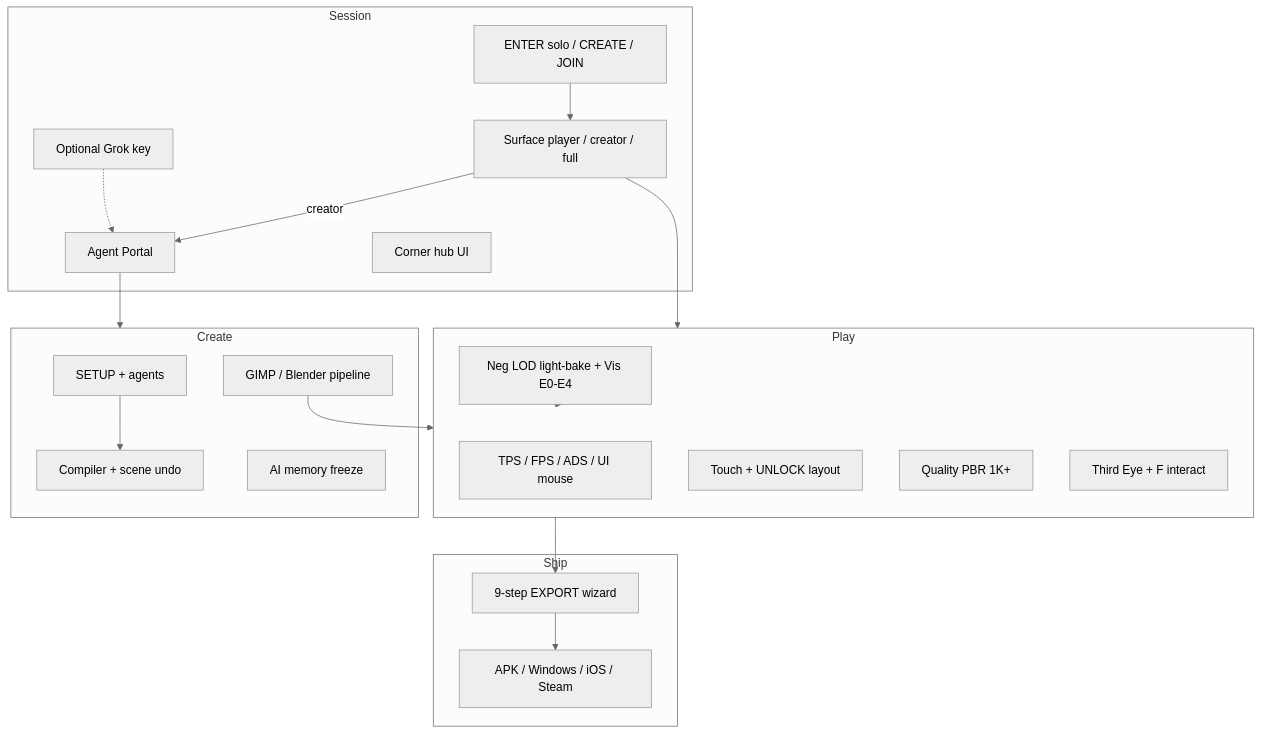
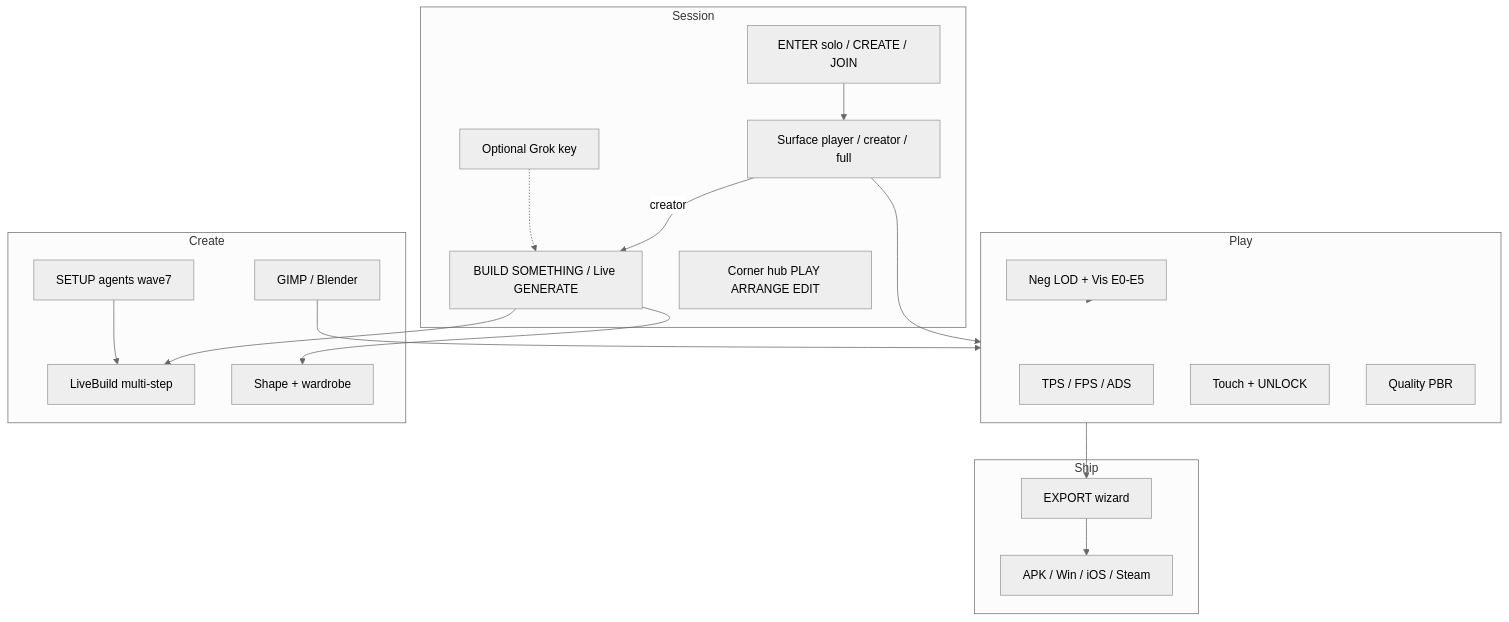
One commit to medicinalsheep/threshold changed the diagram in docs/README.md. Above: the diagram before and after it, drawn with Mermaid (neutral theme). The commit also changed other lines of this file and 75 other files, not shown here.

First line of the commit message:
v10.20.1: live build, entry path, shape/wardrobe, wave7 train, no TC DEMO

````diff
--- a/docs/README.md
+++ b/docs/README.md
@@ -25,35 +25,35 @@
 ```mermaid
 flowchart TB
     subgraph session [Session]
         LOBBY[ENTER solo / CREATE / JOIN]
         SURF[Surface player / creator / full]
-        PORTAL[Agent Portal]
-        HUBS[Corner hub UI]
+        BUILD[BUILD SOMETHING / Live GENERATE]
+        HUBS[Corner hub PLAY ARRANGE EDIT]
         AUTH[Optional Grok key]
     end
     subgraph play [Play]
-        TPS[TPS / FPS / ADS / UI mouse]
-        TOUCH[Touch + UNLOCK layout]
-        PBR[Quality PBR 1K+]
-        TE[Third Eye + F interact]
-        PERF[Neg LOD light-bake + Vis E0-E4]
+        TPS[TPS / FPS / ADS]
+        TOUCH[Touch + UNLOCK]
+        PBR[Quality PBR]
+        PERF[Neg LOD + Vis E0-E5]
     end
     subgraph create [Create]
-        SETUP[SETUP + agents]
-        COMP[Compiler + scene undo]
-        ART[GIMP / Blender pipeline]
-        FREEZE[AI memory freeze]
+        LIVE[LiveBuild multi-step]
+        SKIN[Shape + wardrobe]
+        SETUP[SETUP agents wave7]
+        ART[GIMP / Blender]
     end
     subgraph ship [Ship]
-        EXP[9-step EXPORT wizard]
-        NAT[APK / Windows / iOS / Steam]
+        EXP[EXPORT wizard]
+        NAT[APK / Win / iOS / Steam]
     end
     LOBBY --> SURF
     SURF --> play
-    SURF -->|creator| PORTAL --> create
-    AUTH -.-> PORTAL
-    SETUP --> COMP
+    SURF -->|creator| BUILD --> LIVE
+    BUILD --> SKIN
+    AUTH -.-> BUILD
+    SETUP --> LIVE
     ART --> play
     play --> EXP --> NAT
     PERF -.-> play
 ```
````
